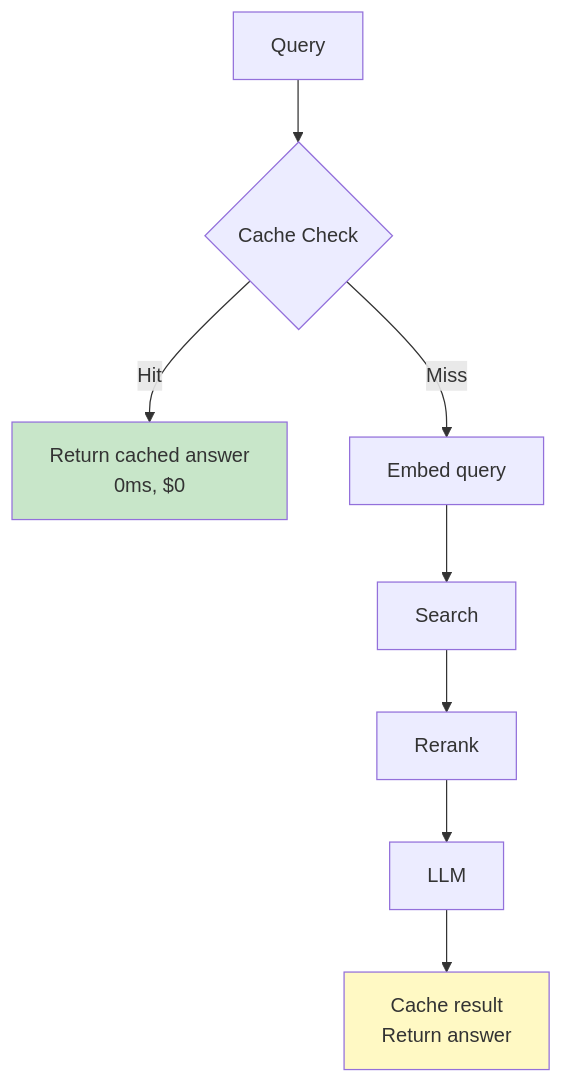
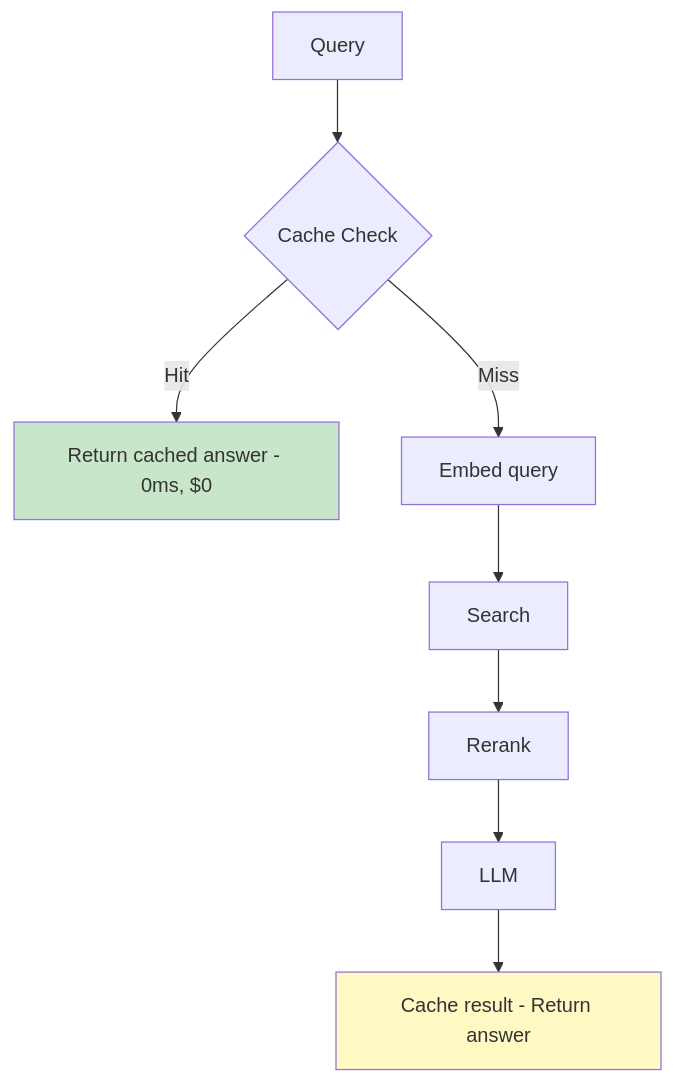
Before and after one commit to indhra/llm_rag_sec_findings: the fourth of 5 diagrams in docs/learning/09-production.md, drawn with Mermaid. The commit also changed other lines of this file and 9 other files, not shown here.

````diff
--- a/docs/learning/09-production.md
+++ b/docs/learning/09-production.md
@@ -288,13 +291,13 @@
 ```mermaid
 graph TB
     Q[Query] --> C{Cache Check}
-    C -->|Hit| R1[Return cached answer<br/>0ms, $0]
+    C -->|Hit| R1[Return cached answer - 0ms, $0]
     C -->|Miss| E[Embed query]
     E --> S[Search]
     S --> Re[Rerank]
     Re --> L[LLM]
-    L --> R2[Cache result<br/>Return answer]
+    L --> R2[Cache result - Return answer]
     
     style R1 fill:#c8e6c9
     style R2 fill:#fff9c4
 ```
````
